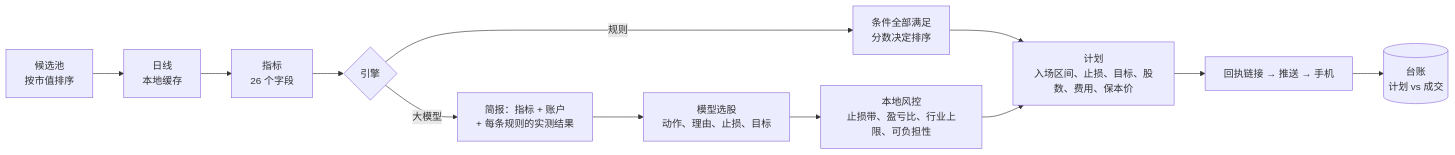
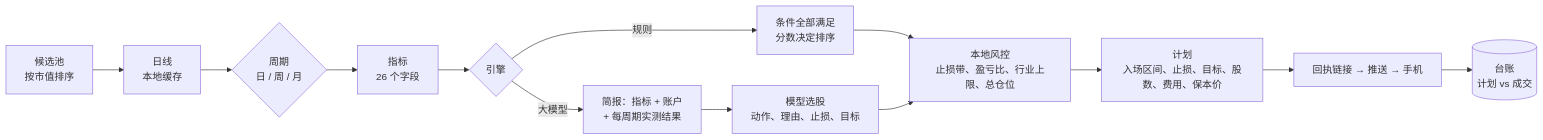
Before and after one commit to jukkakakaka/kestrel: the diagram in README.zh-CN.md, drawn with Mermaid. The commit also changed other lines of this file and 4 other files, not shown here.

````diff
--- a/README.zh-CN.md
+++ b/README.zh-CN.md
@@ -118,14 +121,15 @@
 ```mermaid
 flowchart LR
     A[候选池<br/>按市值排序] --> B[日线<br/>本地缓存]
-    B --> C[指标<br/>26 个字段]
-    C --> D{引擎}
-    D -->|规则| E[条件全部满足<br/>分数决定排序]
-    D -->|大模型| F[简报：指标 + 账户<br/>+ 每条规则的实测结果]
-    F --> G[模型选股<br/>动作、理由、止损、目标]
-    G --> H[本地风控<br/>止损带、盈亏比、行业上限、可负担性]
-    E --> I[计划<br/>入场区间、止损、目标、股数、费用、保本价]
+    B --> C{周期<br/>日 / 周 / 月}
+    C --> D[指标<br/>26 个字段]
+    D --> E{引擎}
+    E -->|规则| F[条件全部满足<br/>分数决定排序]
+    E -->|大模型| G[简报：指标 + 账户<br/>+ 每周期实测结果]
+    G --> H[模型选股<br/>动作、理由、止损、目标]
+    F --> I[本地风控<br/>止损带、盈亏比、行业上限、总仓位]
     H --> I
-    I --> J[回执链接 → 推送 → 手机]
-    J --> K[(台账<br/>计划 vs 成交)]
+    I --> J[计划<br/>入场区间、止损、目标、股数、费用、保本价]
+    J --> K[回执链接 → 推送 → 手机]
+    K --> L[(台账<br/>计划 vs 成交)]
 ```
````
